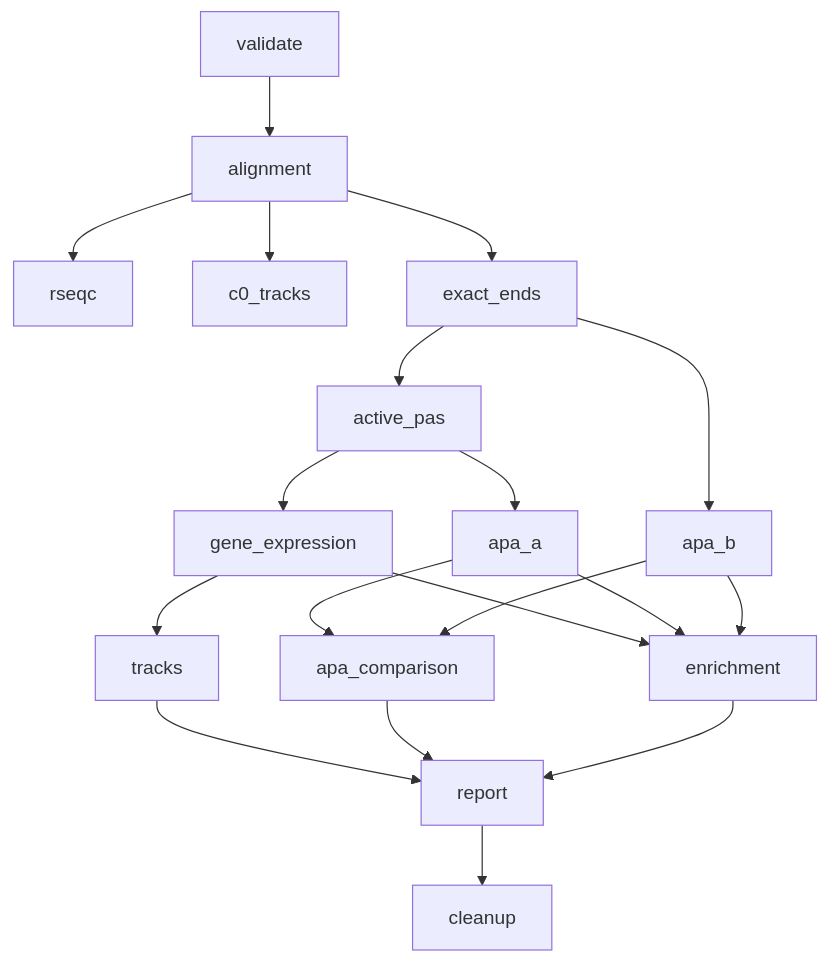
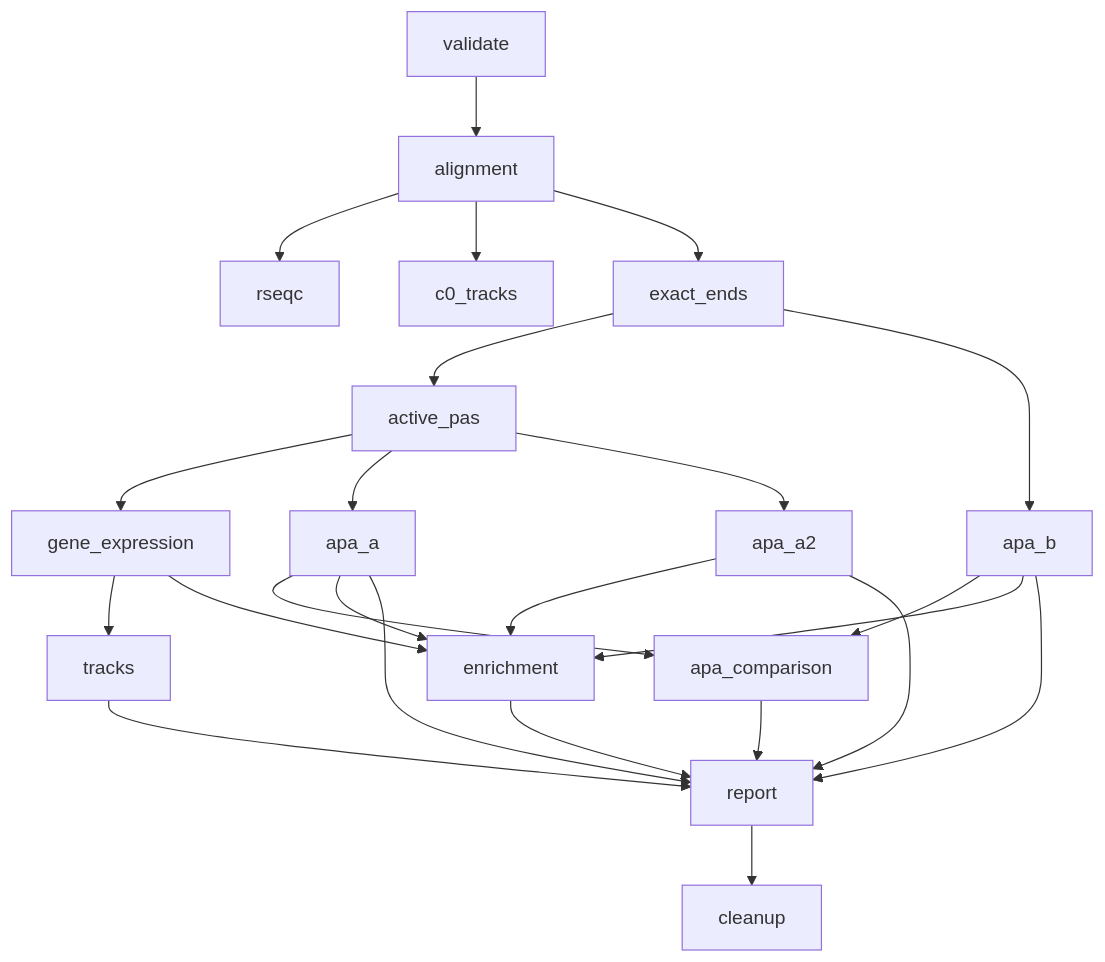
The diagram in docs/02_workflow_steps.md (MichalGd/rna_ends2tracks), drawn with Mermaid before and after one commit. The commit also changed other lines of this file and 40 other files, not shown here.

````diff
--- a/docs/02_workflow_steps.md
+++ b/docs/02_workflow_steps.md
@@ -7,21 +7,26 @@
 ```mermaid
 flowchart TD
     V[validate] --> A[alignment]
     A --> Q[rseqc]
     A --> T0[c0_tracks]
     A --> E[exact_ends]
     E --> P[active_pas]
     P --> D[gene_expression]
     P --> AA[apa_a]
+    P --> AA2[apa_a2]
     E --> AB[apa_b]
     D --> T[tracks]
     AA --> C[apa_comparison]
     AB --> C
     D --> N[enrichment]
     AA --> N
+    AA2 --> N
     AB --> N
+    AA --> R
+    AA2 --> R
+    AB --> R
     T --> R[report]
     C --> R
     N --> R
     R --> X[cleanup]
 ```
````
